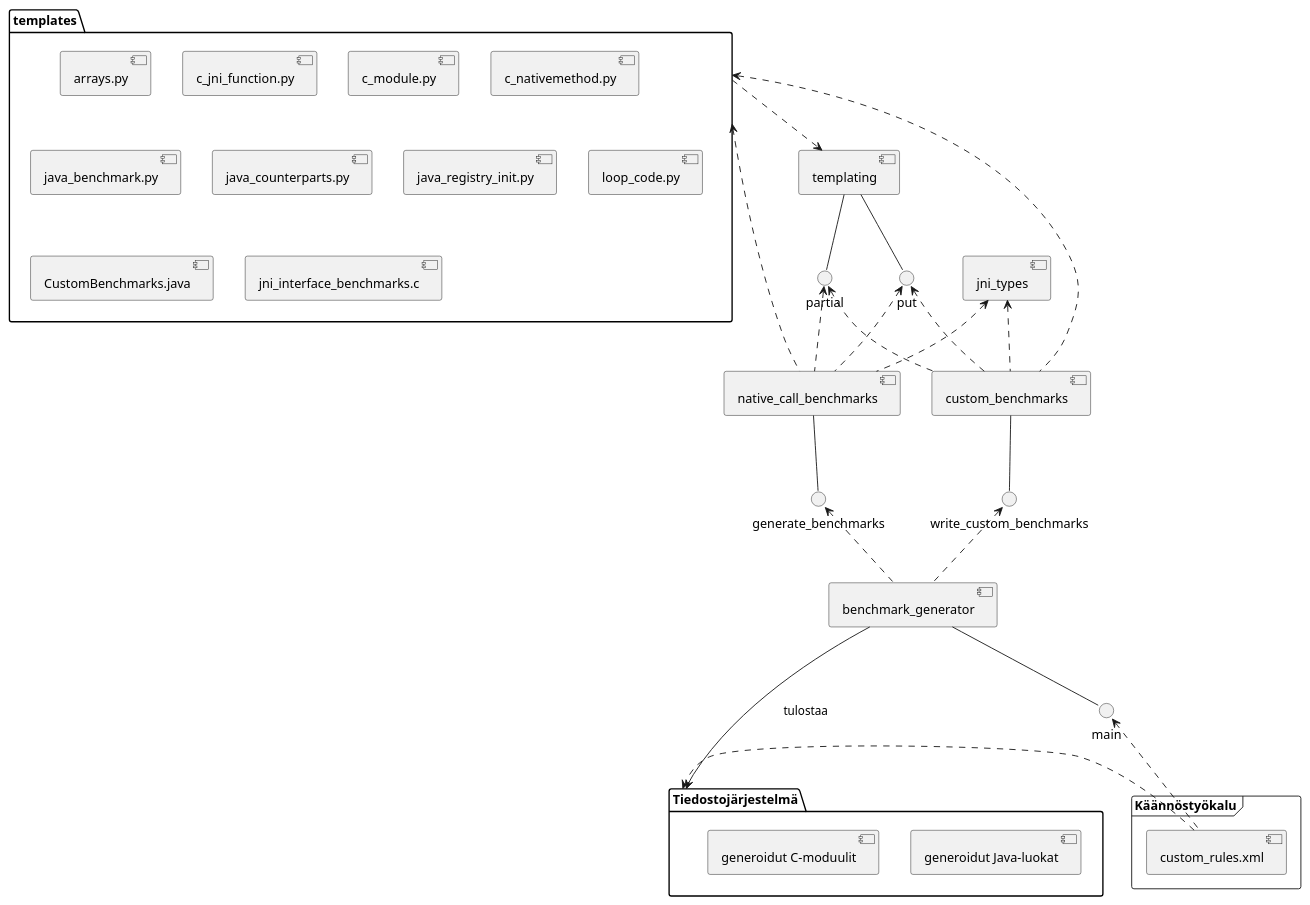
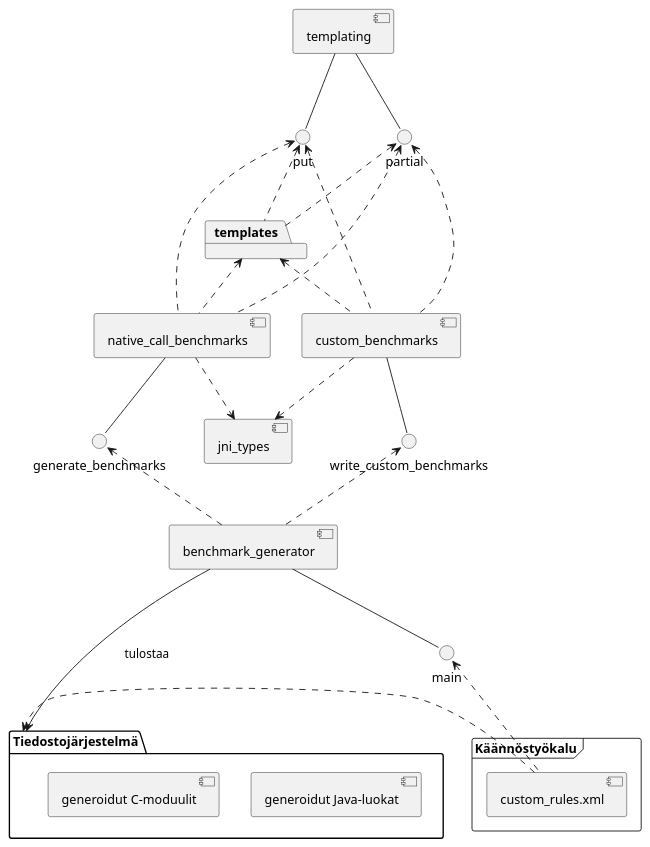
Before and after one commit to tituomin/gradu: the diagram in paper/src/figures/architecture-benchmark-generator.puml, drawn with PlantUML. The commit also changed 2 other files, not shown here.

```diff
--- a/paper/src/figures/architecture-benchmark-generator.puml
+++ b/paper/src/figures/architecture-benchmark-generator.puml
@@ -1,49 +1,52 @@
 @startuml
 
 package "templates" {
-        [arrays.py]
-        [c_jni_function.py]
-        [c_module.py]
-        [c_nativemethod.py]
-        [java_benchmark.py]
-        [java_counterparts.py]
-        [java_registry_init.py]
-        [loop_code.py]
-        [CustomBenchmarks.java]
-        [jni_interface_benchmarks.c]
+        /' 
+         ' [arrays.py]
+         ' [c_jni_function.py]
+         ' [c_module.py]
+         ' [c_nativemethod.py]
+         ' [java_benchmark.py]
+         ' [java_counterparts.py]
+         ' [java_registry_init.py]
+         ' [loop_code.py]
+         ' [CustomBenchmarks.java]
+         ' [jni_interface_benchmarks.c]
+         '/
 }
 
 'TODO: RENAME IN SOURCE ACCORDING TO THIS: '
 
 [templating] -- put
 [templating] -- partial
 put <.. [native_call_benchmarks]
 put <.. [custom_benchmarks]
 partial <.. [native_call_benchmarks]
 partial <.. [custom_benchmarks]
 templates <..[native_call_benchmarks]
 templates <.. [custom_benchmarks]
-templates ..> templating
-[jni_types] <.. [native_call_benchmarks]
-[jni_types] <.. [custom_benchmarks]
+put <.. templates
+partial <.. templates
 
 [benchmark_generator] -- main
 [custom_benchmarks] -- write_custom_benchmarks
 [native_call_benchmarks] -- generate_benchmarks
 generate_benchmarks <.. [benchmark_generator]
 write_custom_benchmarks <.. [benchmark_generator]
+[native_call_benchmarks] ..> [jni_types]
+[custom_benchmarks] ..> [jni_types]
 
 folder "Tiedostojärjestelmä" {
   [generoidut Java-luokat]
   [generoidut C-moduulit]
 }
 
 frame "Käännöstyökalu" {
       main <.. [custom_rules.xml]
 }
 
 
 [benchmark_generator] -> Tiedostojärjestelmä : tulostaa
 custom_rules.xml .> Tiedostojärjestelmä
 
 @enduml
```
